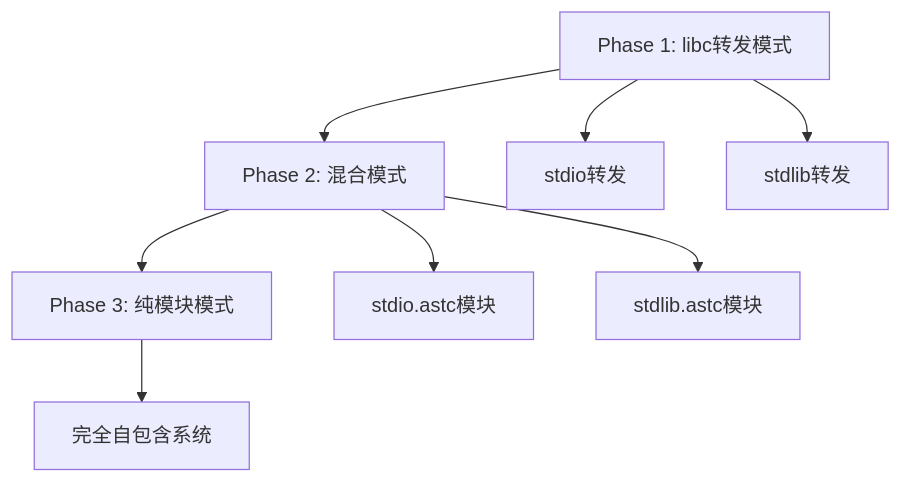
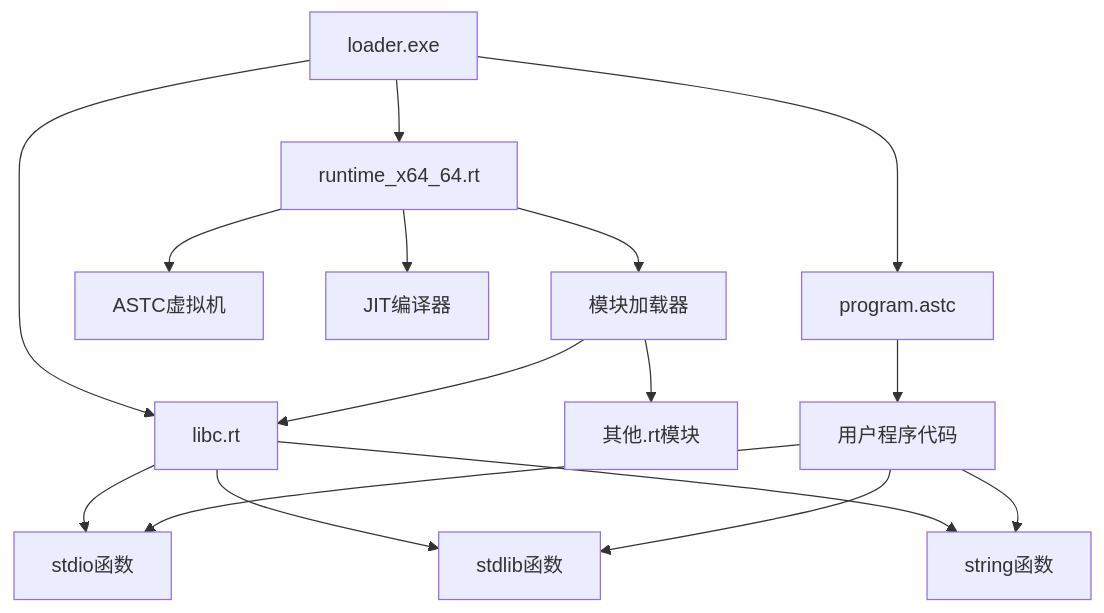
One commit to wanjochan/self-evolve-ai changed the second of 2 diagrams in docs/PRD.md. Above: the diagram before and after it, drawn with Mermaid. The commit also changed other lines of this file and 23 other files, not shown here.

````diff
--- a/docs/PRD.md
+++ b/docs/PRD.md
@@ -66,10 +99,18 @@
 ```mermaid
 graph TD
-    A[Phase 1: libc转发模式] --> B[Phase 2: 混合模式]
-    B --> C[Phase 3: 纯模块模式]
-    A --> D[stdio转发]
-    A --> E[stdlib转发]
-    B --> F[stdio.astc模块]
-    B --> G[stdlib.astc模块]
-    C --> H[完全自包含系统]
+    A[loader.exe] --> B[runtime_x64_64.rt]
+    A --> C[libc.rt]
+    A --> D[program.astc]
+    B --> E[ASTC虚拟机]
+    B --> F[JIT编译器]
+    B --> G[模块加载器]
+    C --> H[stdio函数]
+    C --> I[stdlib函数]
+    C --> J[string函数]
+    G --> C
+    G --> K[其他.rt模块]
+    D --> L[用户程序代码]
+    L --> H
+    L --> I
+    L --> J
 ```
````
